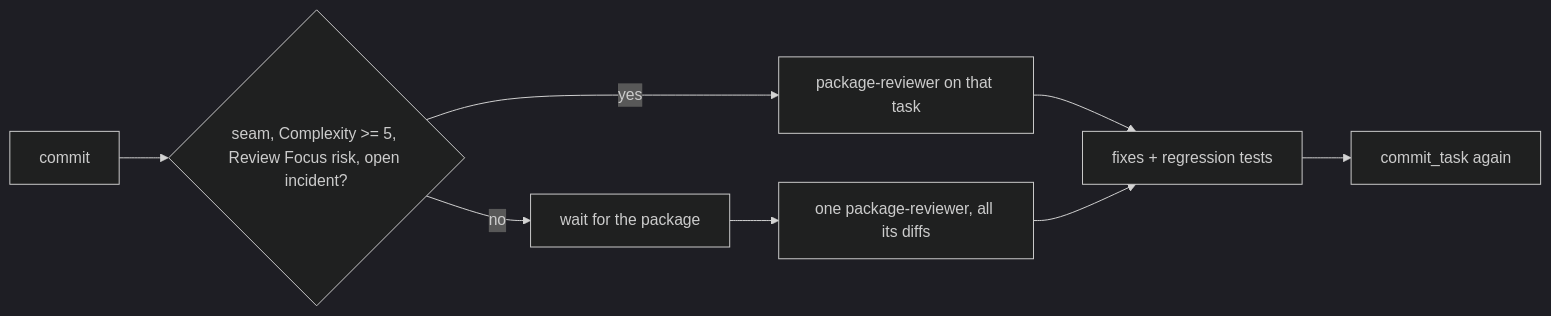
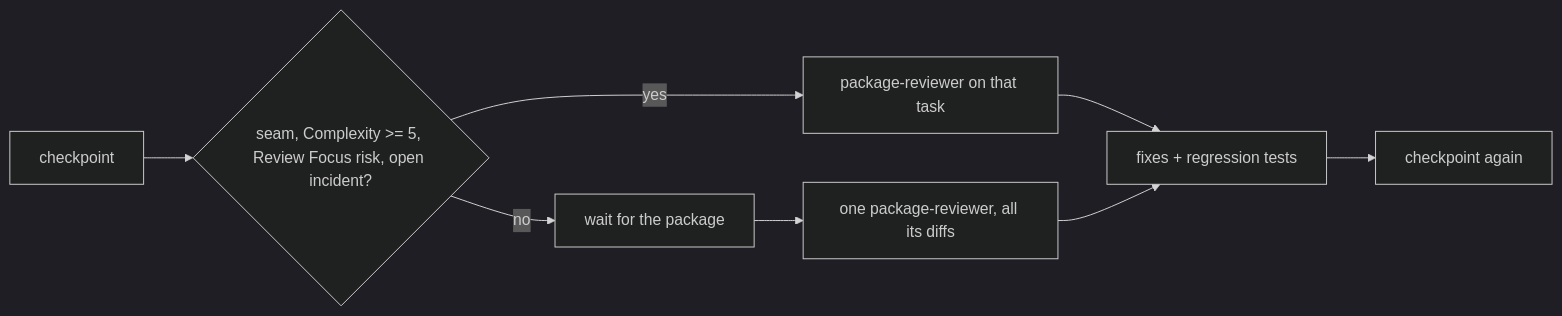
The second of 3 diagrams in skills/subagent-driven-development/SKILL.md (iha2/superlite), drawn with Mermaid (dark theme) before and after one commit. The commit also changed other lines of this file and 38 other files, not shown here.

First line of the commit message:
Call the per-task save a checkpoint, never a commit

````diff
--- a/skills/subagent-driven-development/SKILL.md
+++ b/skills/subagent-driven-development/SKILL.md
@@ -57,7 +57,7 @@
 ```mermaid
 flowchart LR
-  C[commit] --> T{seam, Complexity >= 5, Review Focus risk, open incident?}
+  C[checkpoint] --> T{seam, Complexity >= 5, Review Focus risk, open incident?}
   T -- yes --> R1[package-reviewer on that task]
   T -- no --> W[wait for the package] --> R2[one package-reviewer, all its diffs]
-  R1 & R2 --> X[fixes + regression tests] --> K[commit_task again]
+  R1 & R2 --> X[fixes + regression tests] --> K[checkpoint again]
 ```
````
